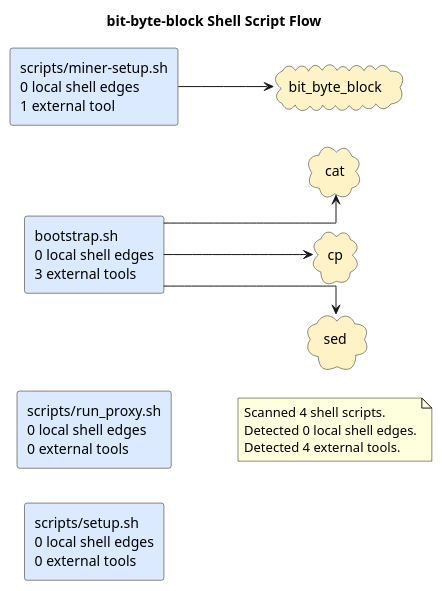
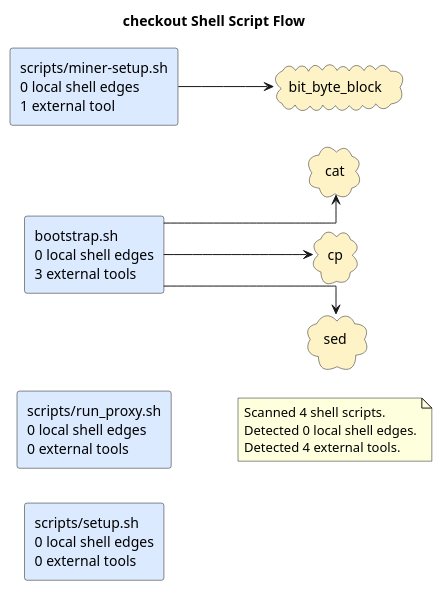
The diagram in docs/diagrams/shell-call-graph.puml (casonk/bit-byte-block), drawn with PlantUML before and after one commit. The commit also changed 9 other files, not shown here.

Commit message:
docs: refresh generated architecture diagrams (#18)

```diff
--- a/docs/diagrams/shell-call-graph.puml
+++ b/docs/diagrams/shell-call-graph.puml
@@ -1,25 +1,25 @@
 @startuml
-title bit-byte-block Shell Script Flow
+title checkout Shell Script Flow
 left to right direction
 skinparam shadowing false
 skinparam defaultFontName Monospace
 skinparam componentStyle rectangle
 skinparam linetype ortho
 rectangle "bootstrap.sh\n0 local shell edges\n3 external tools" as shell_bootstrap_sh #DBEAFE
 rectangle "scripts/miner-setup.sh\n0 local shell edges\n1 external tool" as shell_scripts_miner_setup_sh #DBEAFE
 rectangle "scripts/run_proxy.sh\n0 local shell edges\n0 external tools" as shell_scripts_run_proxy_sh #DBEAFE
 rectangle "scripts/setup.sh\n0 local shell edges\n0 external tools" as shell_scripts_setup_sh #DBEAFE
 cloud "bit_byte_block" as tool_bit_byte_block #FEF3C7
 cloud "cat" as tool_cat #FEF3C7
 cloud "cp" as tool_cp #FEF3C7
 cloud "sed" as tool_sed #FEF3C7
 shell_bootstrap_sh --> tool_cat
 shell_bootstrap_sh --> tool_cp
 shell_bootstrap_sh --> tool_sed
 shell_scripts_miner_setup_sh --> tool_bit_byte_block
 note as shellGraphSummary
 Scanned 4 shell scripts.
 Detected 0 local shell edges.
 Detected 4 external tools.
 end note
 @enduml
```
